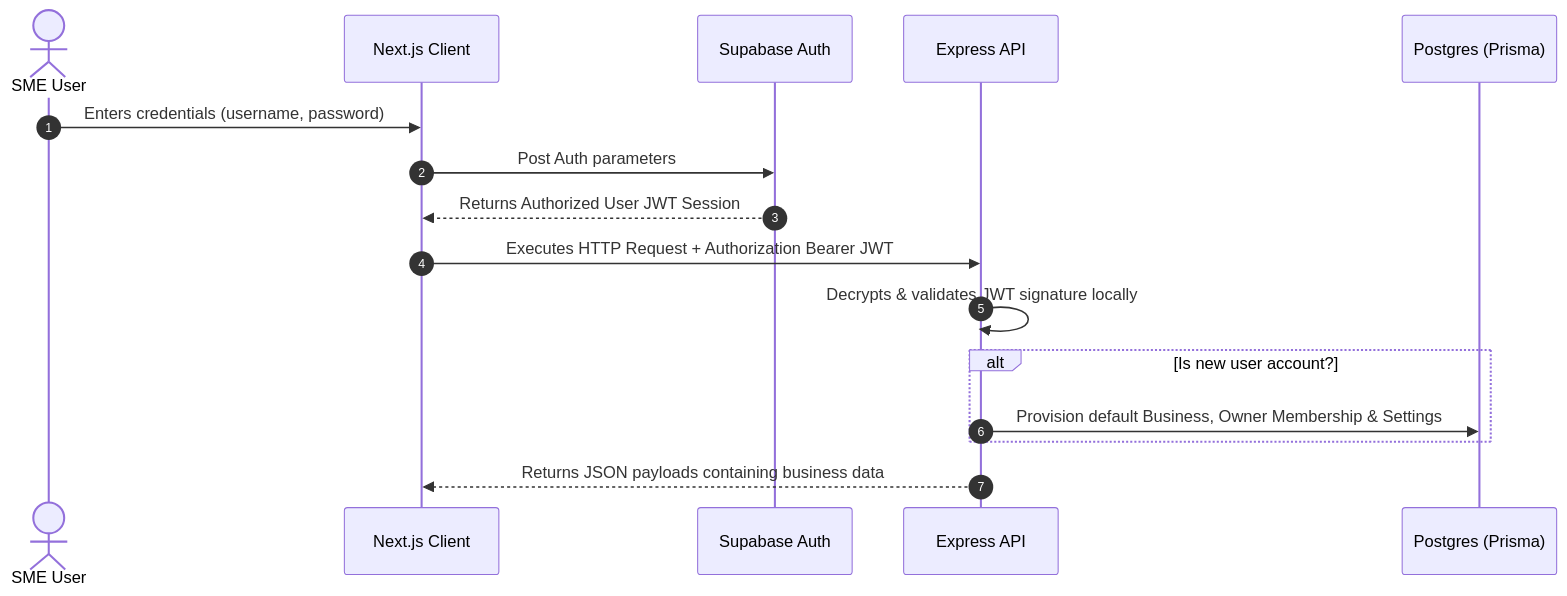
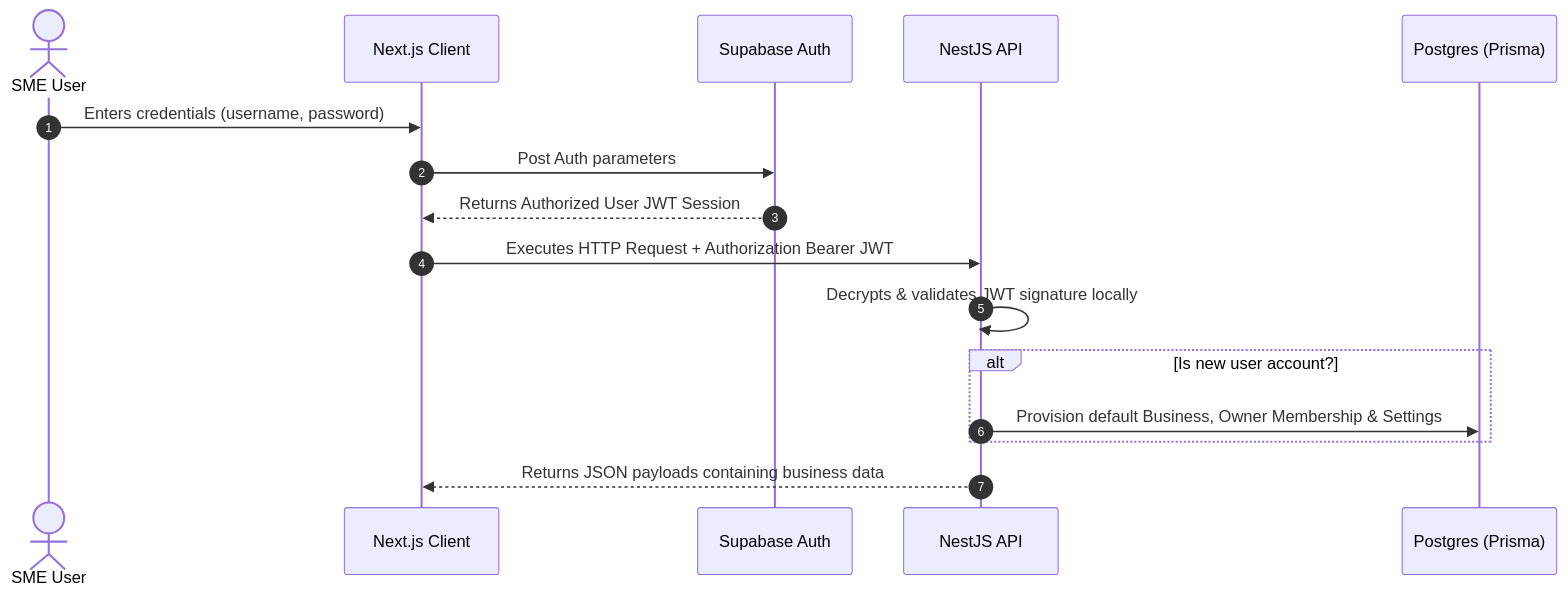
The second of 3 diagrams in README.md (unicord26/invoxia), drawn with Mermaid before and after one commit. The commit also changed other lines of this file and 40 other files, not shown here.

First line of the commit message:
feat(api): complete NestJS migration — all 19 routers ported, Express removed

````diff
--- a/README.md
+++ b/README.md
@@ -104,19 +103,19 @@
 ```mermaid
 sequenceDiagram
   autonumber
   actor User as SME User
   participant Client as Next.js Client
   participant Supabase as Supabase Auth
-  participant API as Express API
+  participant API as NestJS API
   participant DB as Postgres (Prisma)
 
   User->>Client: Enters credentials (username, password)
   Client->>Supabase: Post Auth parameters
   Supabase-->>Client: Returns Authorized User JWT Session
   Client->>API: Executes HTTP Request + Authorization Bearer JWT
   API->>API: Decrypts & validates JWT signature locally
   alt Is new user account?
     API->>DB: Provision default Business, Owner Membership & Settings
   end
   API-->>Client: Returns JSON payloads containing business data
 ```
````
